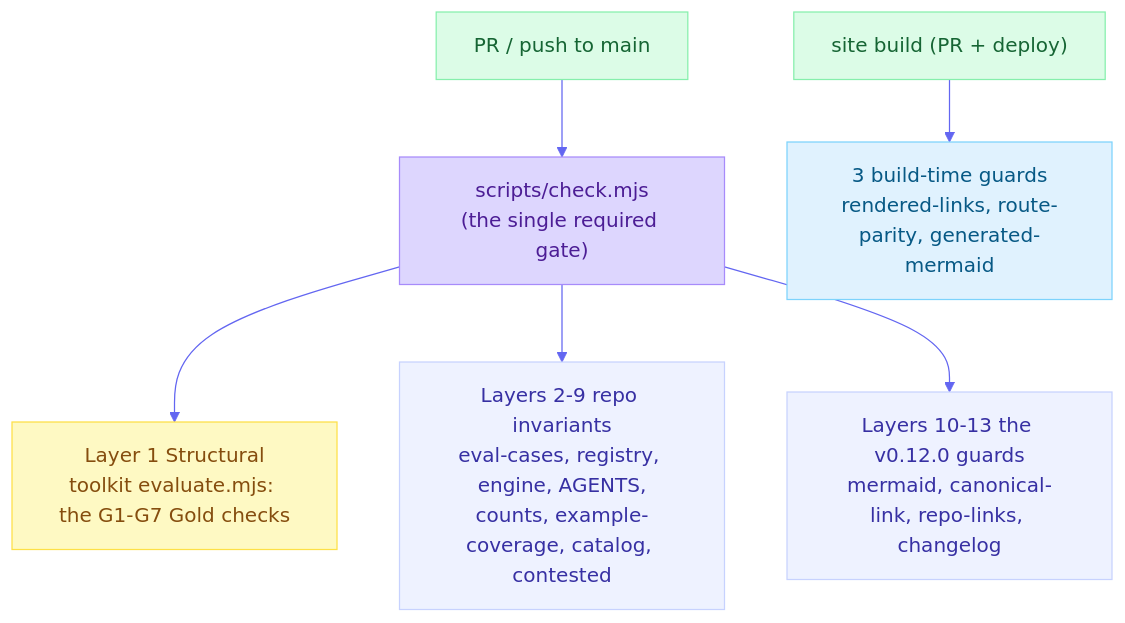
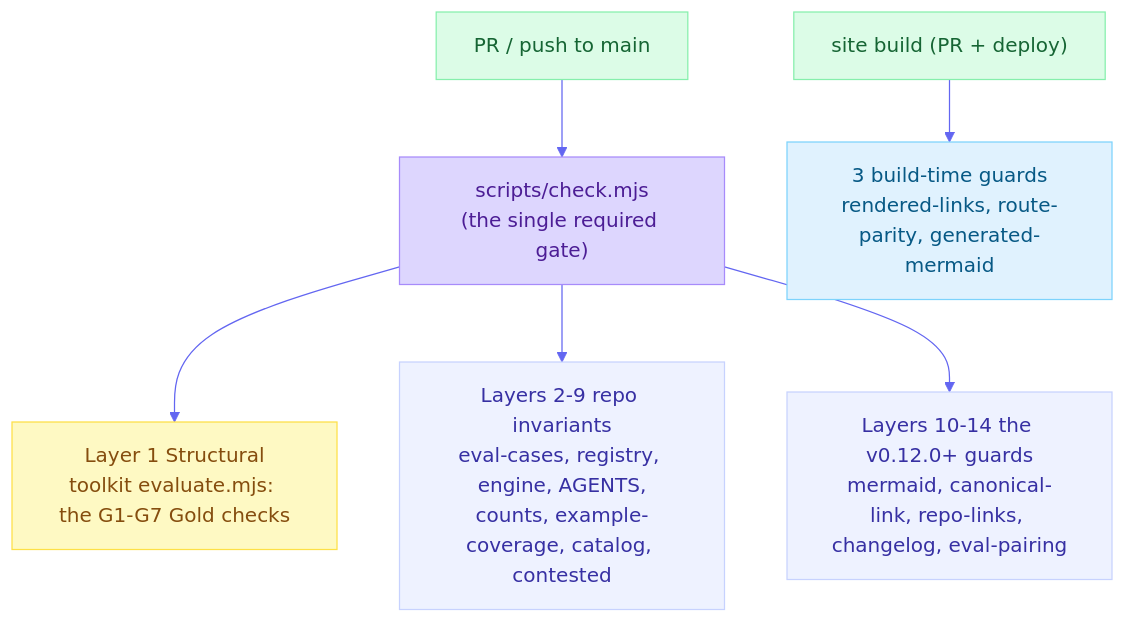
One commit to product-on-purpose/thinking-framework-skills changed the diagram in docs/conformance.md. Above: the diagram before and after it, drawn with Mermaid. The commit also changed other lines of this file and 27 other files, not shown here.

First line of the commit message:
feat(eval): eval-harness orchestration - finalize + pairing guard (closes #95) (#98)

````diff
--- a/docs/conformance.md
+++ b/docs/conformance.md
@@ -76,14 +77,14 @@
 ```mermaid
 %%{init: {'theme':'base','themeVariables':{'primaryColor':'#eef2ff','primaryBorderColor':'#c7d2fe','lineColor':'#6366f1'}}}%%
 flowchart TD
   pr["PR / push to main"]:::trig --> gate["scripts/check.mjs<br/>(the single required gate)"]:::gate
   gate --> L1["Layer 1 Structural<br/>toolkit evaluate.mjs: the G1-G7 Gold checks"]:::tk
   gate --> L29["Layers 2-9 repo invariants<br/>eval-cases, registry, engine, AGENTS,<br/>counts, example-coverage, catalog, contested"]:::repo
-  gate --> L1013["Layers 10-13 the v0.12.0 guards<br/>mermaid, canonical-link, repo-links, changelog"]:::repo
+  gate --> L1014["Layers 10-14 the v0.12.0+ guards<br/>mermaid, canonical-link, repo-links, changelog, eval-pairing"]:::repo
   build["site build (PR + deploy)"]:::trig --> guards["3 build-time guards<br/>rendered-links, route-parity, generated-mermaid"]:::bld
   classDef trig fill:#dcfce7,stroke:#86efac,color:#166534;
   classDef gate fill:#ddd6fe,stroke:#a78bfa,color:#4c1d95;
   classDef tk fill:#fef9c3,stroke:#fde047,color:#854d0e;
   classDef repo fill:#eef2ff,stroke:#c7d2fe,color:#3730a3;
   classDef bld fill:#e0f2fe,stroke:#7dd3fc,color:#075985;
 ```
````
